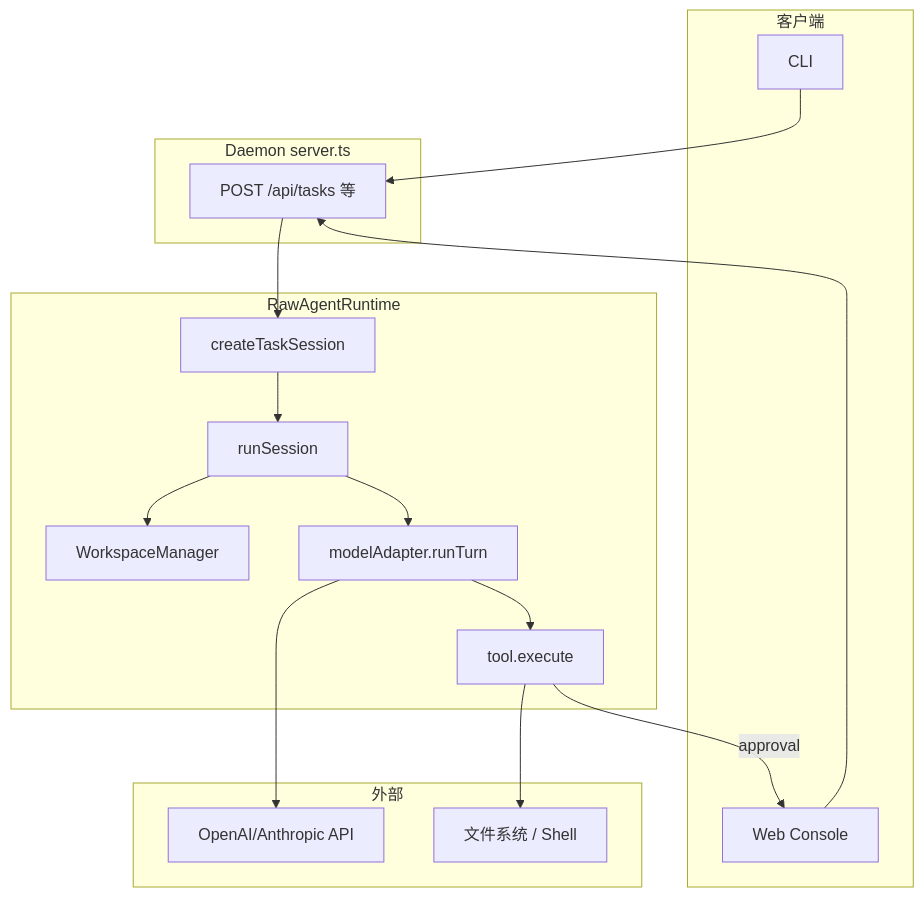
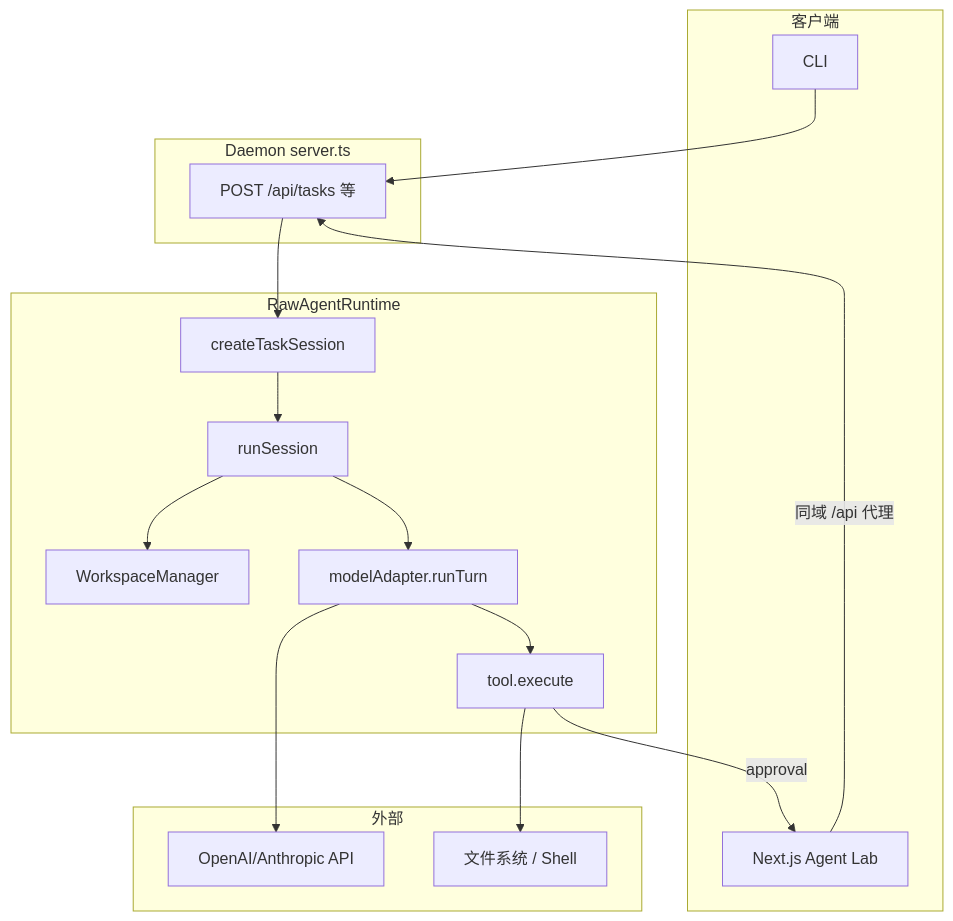
Before and after one commit to magele758/ppeng-agent-core: the sixth of 7 diagrams in docs/ARCHITECTURE.md, drawn with Mermaid. The commit also changed other lines of this file and 58 other files, not shown here.

First line of the commit message:
feat: enhance .env configuration, add self-heal CLI commands, and improve web-console

````diff
--- a/docs/ARCHITECTURE.md
+++ b/docs/ARCHITECTURE.md
@@ -377,35 +396,36 @@
 ```mermaid
 flowchart TB
     subgraph client [客户端]
         CLI[CLI]
-        Web[Web Console]
+        Web[Next.js Agent Lab]
     end
 
     subgraph daemon [Daemon server.ts]
         API[POST /api/tasks 等]
     end
+
+    Web -->|同域 /api 代理| API
 
     subgraph runtime [RawAgentRuntime]
         Create[createTaskSession]
         Run[runSession]
         WM[WorkspaceManager]
         MA[modelAdapter.runTurn]
         Tools[tool.execute]
     end
 
     subgraph external [外部]
         LLM[OpenAI/Anthropic API]
         FS[文件系统 / Shell]
     end
 
     CLI --> API
-    Web --> API
     API --> Create
     Create --> Run
     Run --> WM
     Run --> MA
     MA --> LLM
     MA --> Tools
     Tools --> FS
     Tools -->|approval| Web
 ```
````
